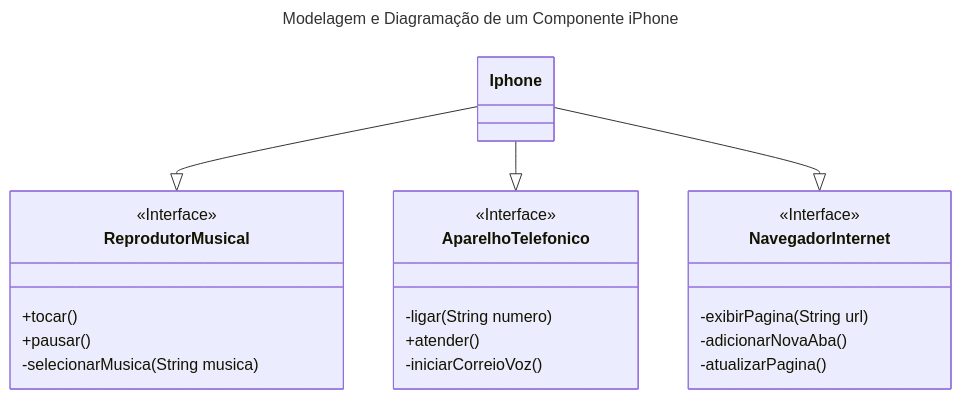
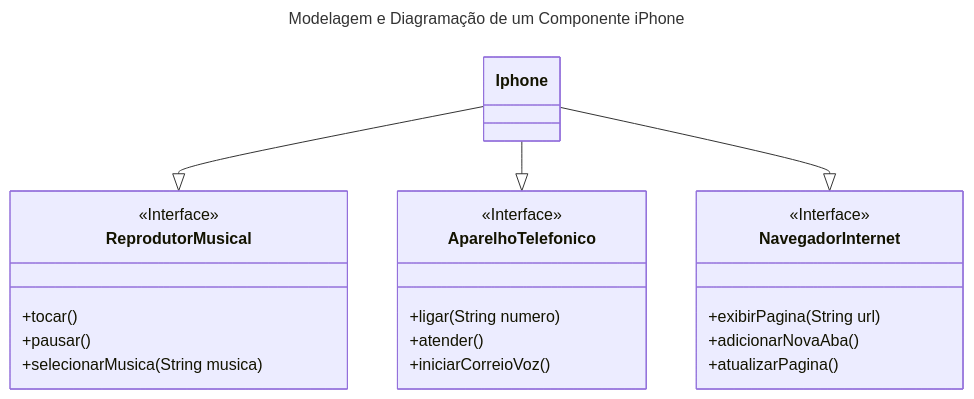
The diagram in Iphone/README.md (Zuleff/projeto-java-dio-desafio-Modelagem-e-Diagramacao-de-um-Componente-iPhone), drawn with Mermaid before and after one commit. The commit also changed 9 other files, not shown here.

````diff
--- a/Iphone/README.md
+++ b/Iphone/README.md
@@ -9,36 +9,36 @@
 ```mermaid
 ---
 title: Modelagem e Diagramação de um Componente iPhone
 ---
 classDiagram
 
     class Iphone{
     }
 
 
     class ReprodutorMusical{
         +tocar()
         +pausar()
-        -selecionarMusica(String musica)
+        +selecionarMusica(String musica)
     }
     <<Interface>>ReprodutorMusical
 
     class AparelhoTelefonico{
-        -ligar(String numero)
+        +ligar(String numero)
         +atender()
-        -iniciarCorreioVoz()
+        +iniciarCorreioVoz()
     }
     <<Interface>>AparelhoTelefonico
 
     class NavegadorInternet{
-        -exibirPagina(String url)
-        -adicionarNovaAba()
-        -atualizarPagina()
+        +exibirPagina(String url)
+        +adicionarNovaAba()
+        +atualizarPagina()
     }
     <<Interface>>NavegadorInternet
 
     Iphone --|> ReprodutorMusical
     Iphone --|> AparelhoTelefonico
     Iphone --|> NavegadorInternet
 
 ```
````
